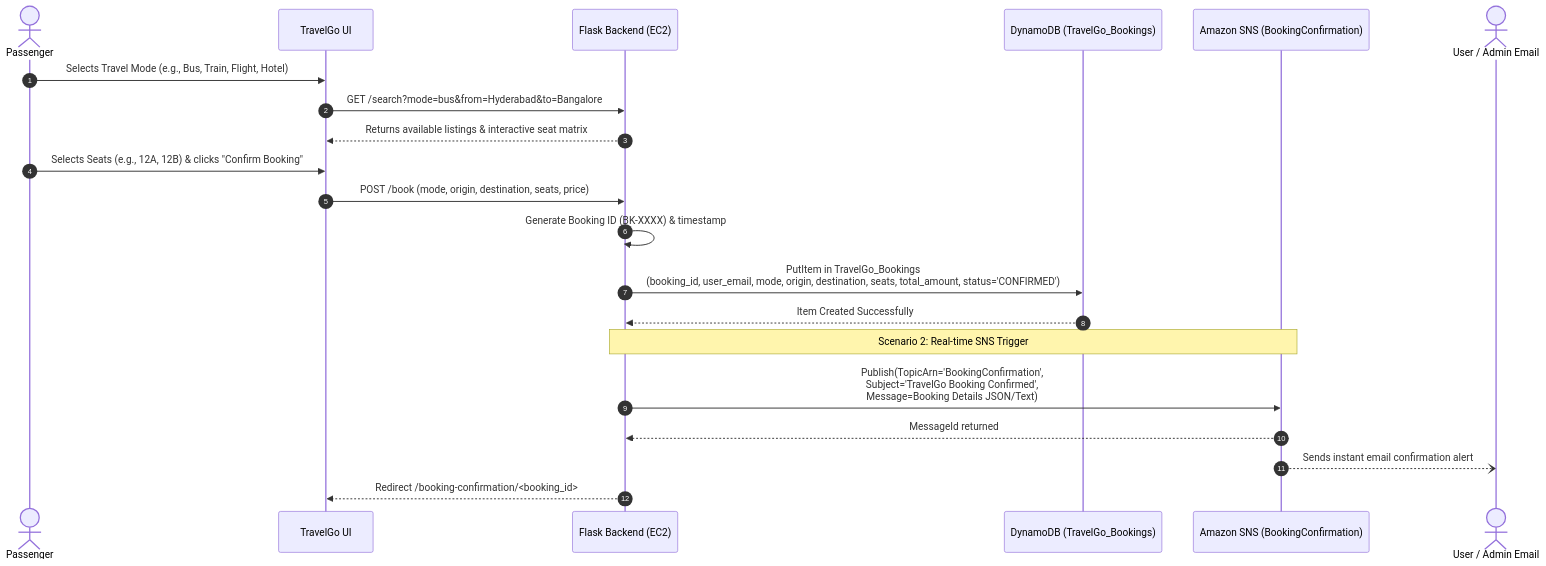
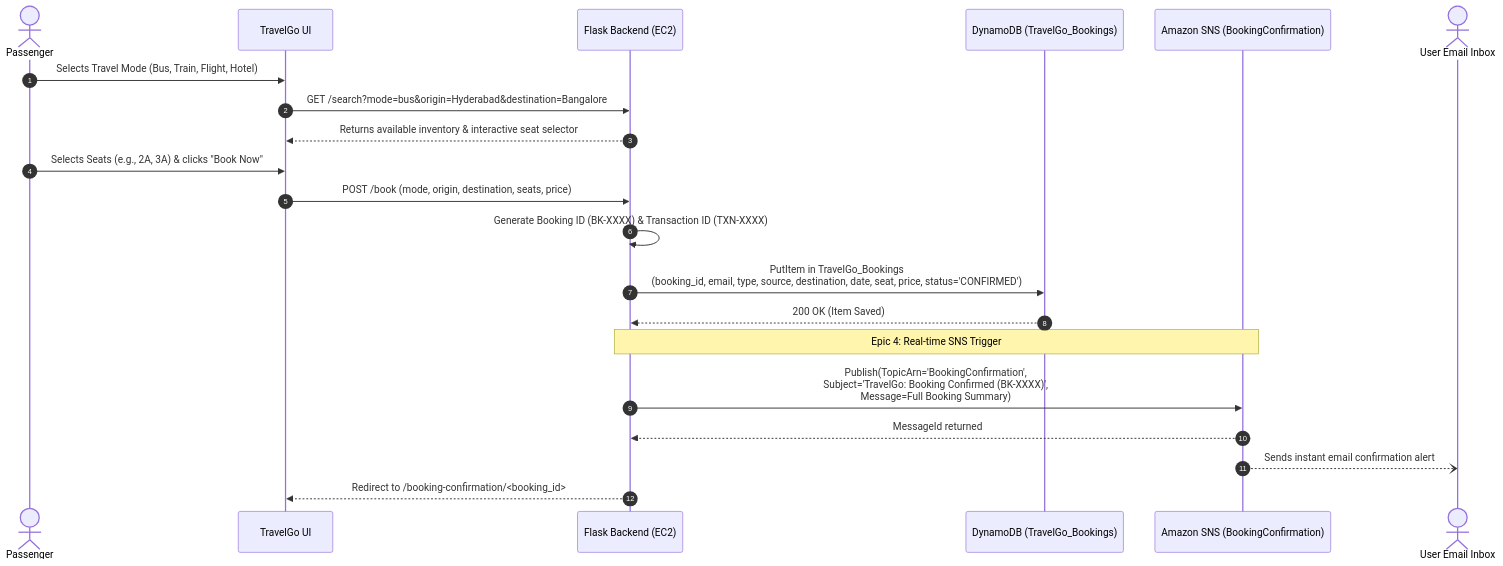
One commit to pragati0609/TravelGo-App changed the third of 4 diagrams in docs/PROJECT_FLOW.md. Above: the diagram before and after it, drawn with Mermaid. The commit also changed other lines of this file and 18 other files, not shown here.

````diff
--- a/docs/PROJECT_FLOW.md
+++ b/docs/PROJECT_FLOW.md
@@ -59,28 +82,28 @@
 ```mermaid
 sequenceDiagram
     autonumber
     actor User as Passenger
     participant UI as TravelGo UI
     participant App as Flask Backend (EC2)
     participant DDB as DynamoDB (TravelGo_Bookings)
     participant SNS as Amazon SNS (BookingConfirmation)
-    actor Inbox as User / Admin Email
+    actor Inbox as User Email Inbox
 
-    User->>UI: Selects Travel Mode (e.g., Bus, Train, Flight, Hotel)
-    UI->>App: GET /search?mode=bus&from=Hyderabad&to=Bangalore
-    App-->>UI: Returns available listings & interactive seat matrix
+    User->>UI: Selects Travel Mode (Bus, Train, Flight, Hotel)
+    UI->>App: GET /search?mode=bus&origin=Hyderabad&destination=Bangalore
+    App-->>UI: Returns available inventory & interactive seat selector
 
-    User->>UI: Selects Seats (e.g., 12A, 12B) & clicks "Confirm Booking"
+    User->>UI: Selects Seats (e.g., 2A, 3A) & clicks "Book Now"
     UI->>App: POST /book (mode, origin, destination, seats, price)
 
-    App->>App: Generate Booking ID (BK-XXXX) & timestamp
-    App->>DDB: PutItem in TravelGo_Bookings<br/>(booking_id, user_email, mode, origin, destination, seats, total_amount, status='CONFIRMED')
-    DDB-->>App: Item Created Successfully
+    App->>App: Generate Booking ID (BK-XXXX) & Transaction ID (TXN-XXXX)
+    App->>DDB: PutItem in TravelGo_Bookings<br/>(booking_id, email, type, source, destination, date, seat, price, status='CONFIRMED')
+    DDB-->>App: 200 OK (Item Saved)
 
-    Note over App, SNS: Scenario 2: Real-time SNS Trigger
-    App->>SNS: Publish(TopicArn='BookingConfirmation',<br/>Subject='TravelGo Booking Confirmed',<br/>Message=Booking Details JSON/Text)
+    Note over App, SNS: Epic 4: Real-time SNS Trigger
+    App->>SNS: Publish(TopicArn='BookingConfirmation',<br/>Subject='TravelGo: Booking Confirmed (BK-XXXX)',<br/>Message=Full Booking Summary)
     SNS-->>App: MessageId returned
     SNS--)Inbox: Sends instant email confirmation alert
     
-    App-->>UI: Redirect /booking-confirmation/<booking_id>
+    App-->>UI: Redirect to /booking-confirmation/<booking_id>
 ```
````
